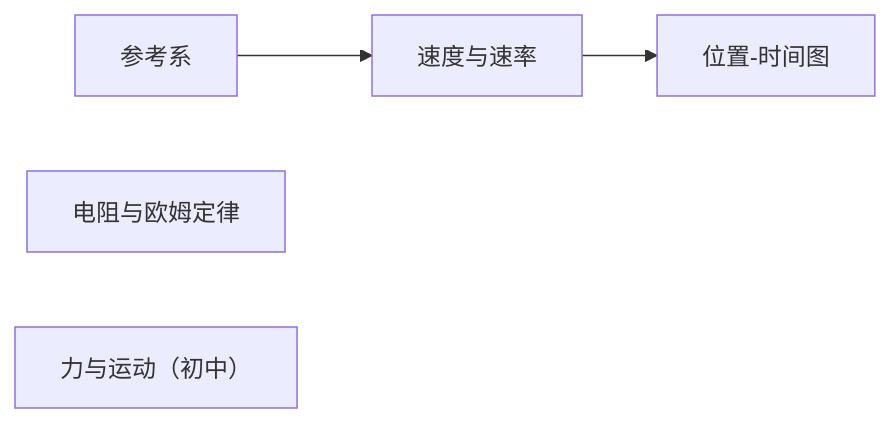
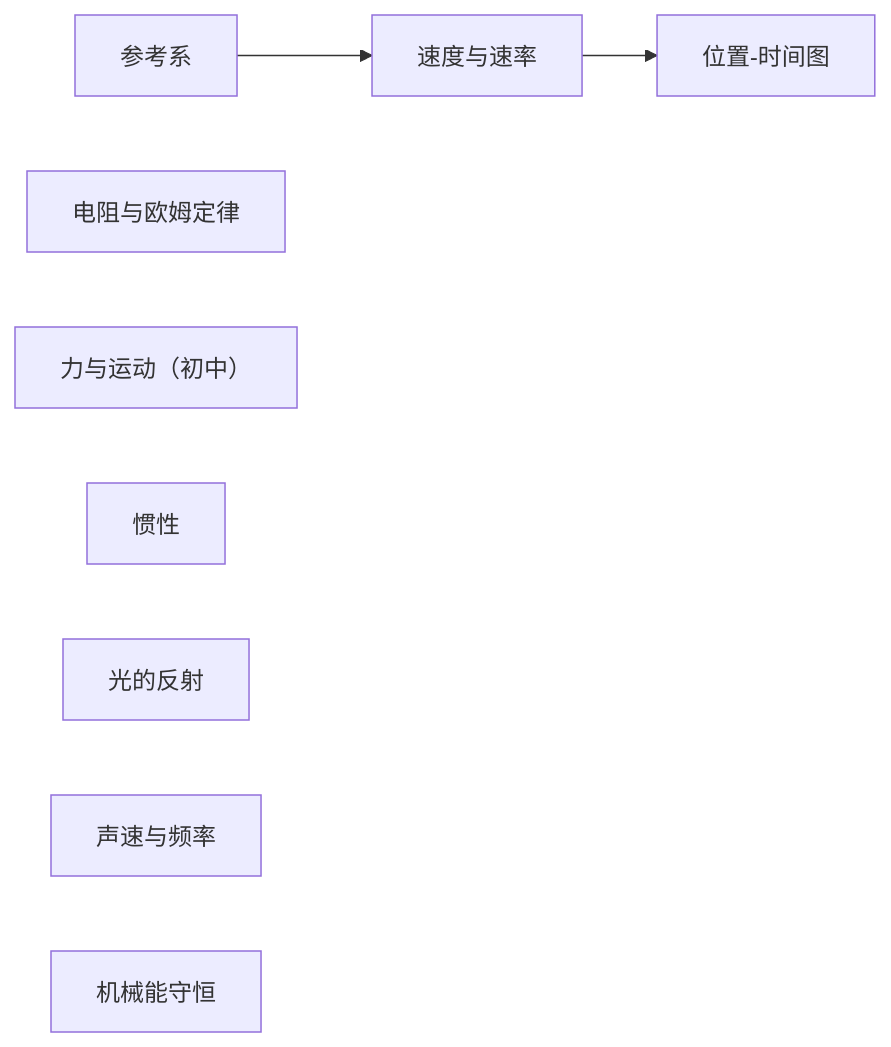
Before and after one commit to hpleapfrog/Scholia: the first of 2 diagrams in knowledge/物理/README.md, drawn with Mermaid. The commit also changed other lines of this file and 18 other files, not shown here.

````diff
--- a/knowledge/物理/README.md
+++ b/knowledge/物理/README.md
@@ -5,6 +5,10 @@
 ```mermaid
 graph LR
   F["参考系"] --> S["速度与速率"] --> P["位置-时间图"]
   R["电阻与欧姆定律"]
   N["力与运动（初中）"]
+  I["惯性"]
+  L["光的反射"]
+  A["声速与频率"]
+  E["机械能守恒"]
 ```
````
